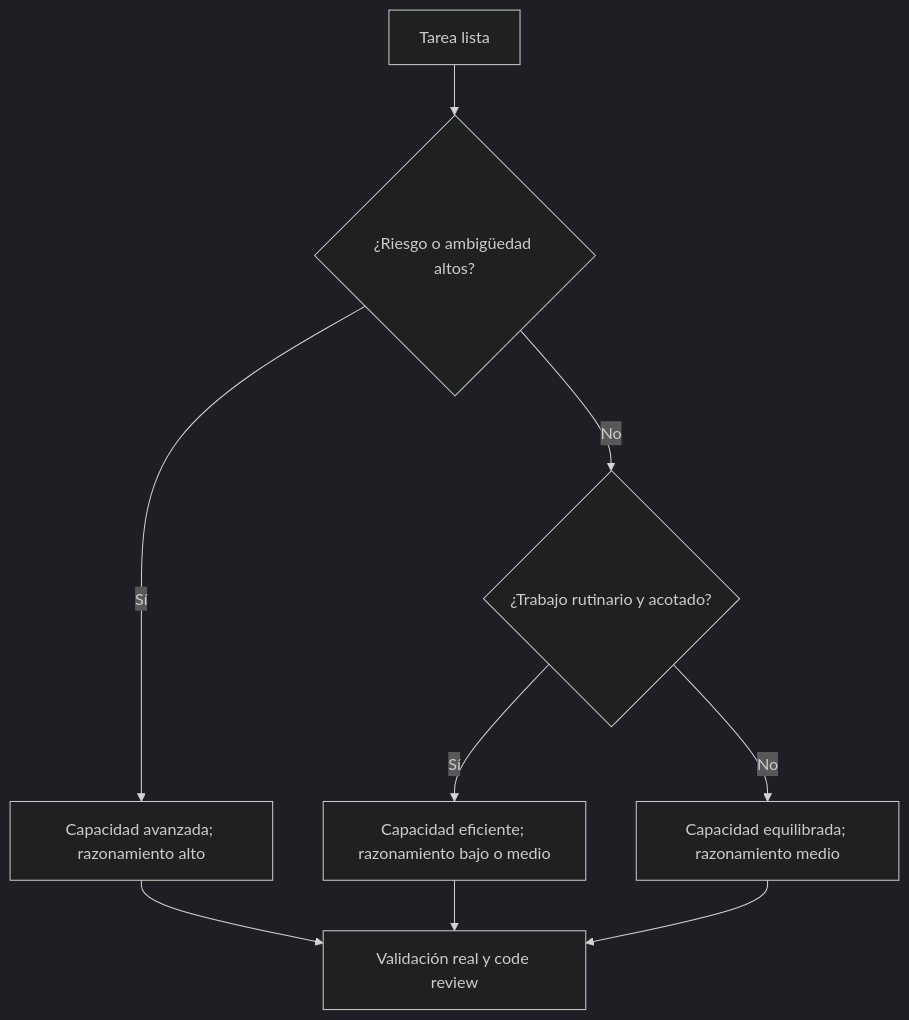
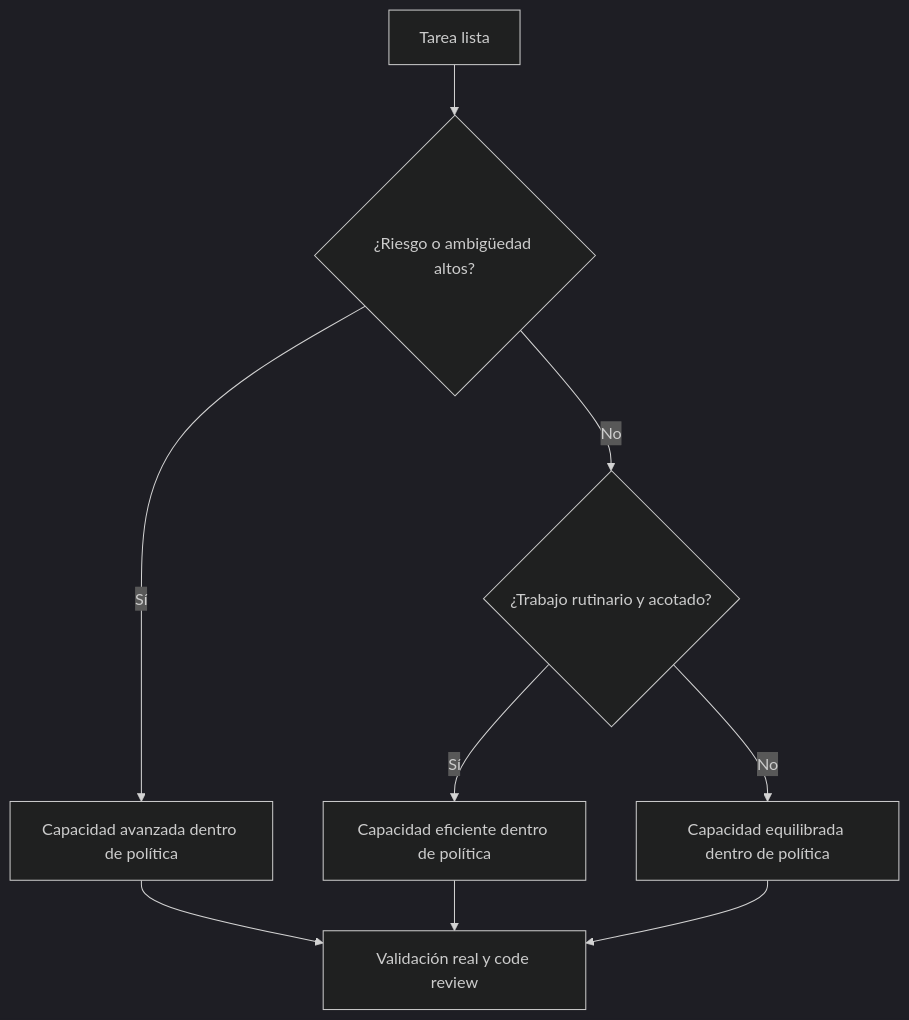
The eighth of 8 diagrams in docs/GUIA_VISUAL_ORQUESTACION.md (jmartinlabs/myfinanzas-app), drawn with Mermaid (dark theme) before and after one commit. The commit also changed other lines of this file and 13 other files, not shown here.

````diff
--- a/docs/GUIA_VISUAL_ORQUESTACION.md
+++ b/docs/GUIA_VISUAL_ORQUESTACION.md
@@ -159,11 +159,11 @@
 ```mermaid
 flowchart TD
     T["Tarea lista"] --> R{"¿Riesgo o ambigüedad altos?"}
-    R -->|Sí| A["Capacidad avanzada; razonamiento alto"]
+    R -->|Sí| A["Capacidad avanzada dentro de política"]
     R -->|No| C{"¿Trabajo rutinario y acotado?"}
-    C -->|Sí| E["Capacidad eficiente; razonamiento bajo o medio"]
-    C -->|No| M["Capacidad equilibrada; razonamiento medio"]
+    C -->|Sí| E["Capacidad eficiente dentro de política"]
+    C -->|No| M["Capacidad equilibrada dentro de política"]
     A --> V["Validación real y code review"]
     E --> V
     M --> V
 ```
````
